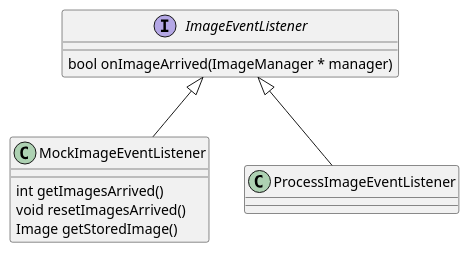
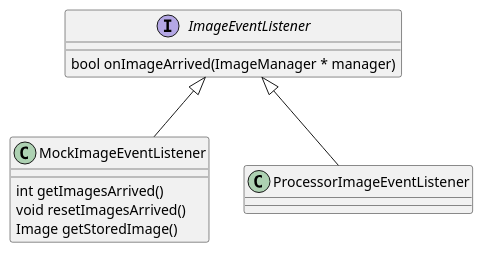
Before and after one commit to asrob-uc3m/robotDevastation-developer-manual: the diagram in en/camera-management/listening-to-events.md, drawn with PlantUML. The commit also changed other lines of this file, not shown here.

```diff
--- a/en/camera-management/listening-to-events.md
+++ b/en/camera-management/listening-to-events.md
@@ -4,15 +4,15 @@
 {% plantuml %}
 interface ImageEventListener {
 bool onImageArrived(ImageManager * manager)
 }
 
 class MockImageEventListener {
 int getImagesArrived()
 void resetImagesArrived()
 Image getStoredImage()
 }
 
 ImageEventListener <|-- MockImageEventListener
-ImageEventListener <|-- ProcessImageEventListener
+ImageEventListener <|-- ProcessorImageEventListener
 
 {% endplantuml %}
```
